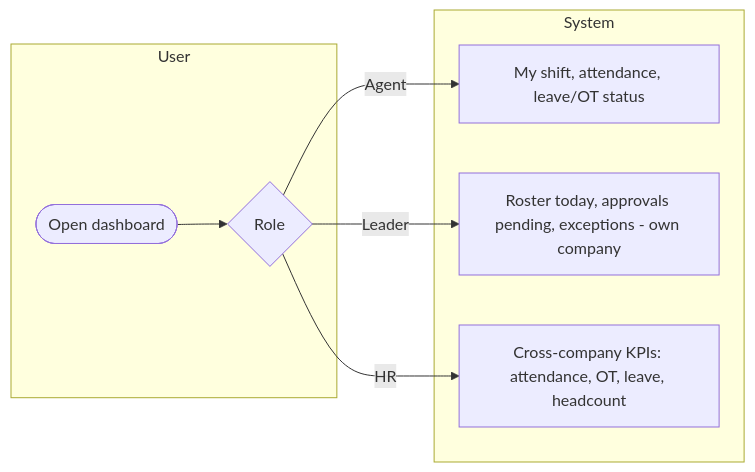
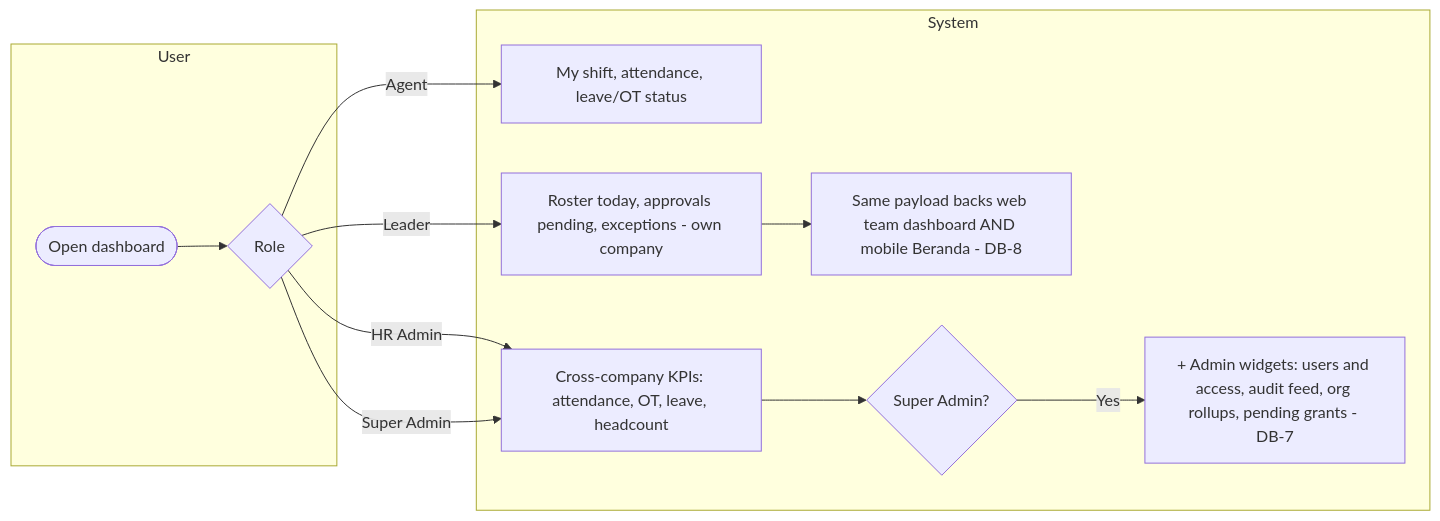
The third of 5 diagrams in docs/epics/E10-reporting/FEATURE.md (hariszaki17/hris-outsource), drawn with Mermaid before and after one commit. The commit also changed other lines of this file and 127 other files, not shown here.

````diff
--- a/docs/epics/E10-reporting/FEATURE.md
+++ b/docs/epics/E10-reporting/FEATURE.md
@@ -114,11 +114,15 @@
 ```mermaid
 flowchart LR
     subgraph U[User]
         D1([Open dashboard]) --> D2{Role}
     end
     subgraph SYS[System]
         D2 -- Agent --> A1[My shift, attendance, leave/OT status]
         D2 -- Leader --> B1[Roster today, approvals pending, exceptions - own company]
-        D2 -- HR --> C1[Cross-company KPIs: attendance, OT, leave, headcount]
+        B1 --> B2[Same payload backs web team dashboard AND mobile Beranda - DB-8]
+        D2 -- HR Admin --> C1[Cross-company KPIs: attendance, OT, leave, headcount]
+        D2 -- Super Admin --> C1
+        C1 --> C2{Super Admin?}
+        C2 -- Yes --> C3[+ Admin widgets: users and access, audit feed, org rollups, pending grants - DB-7]
     end
 ```
````
